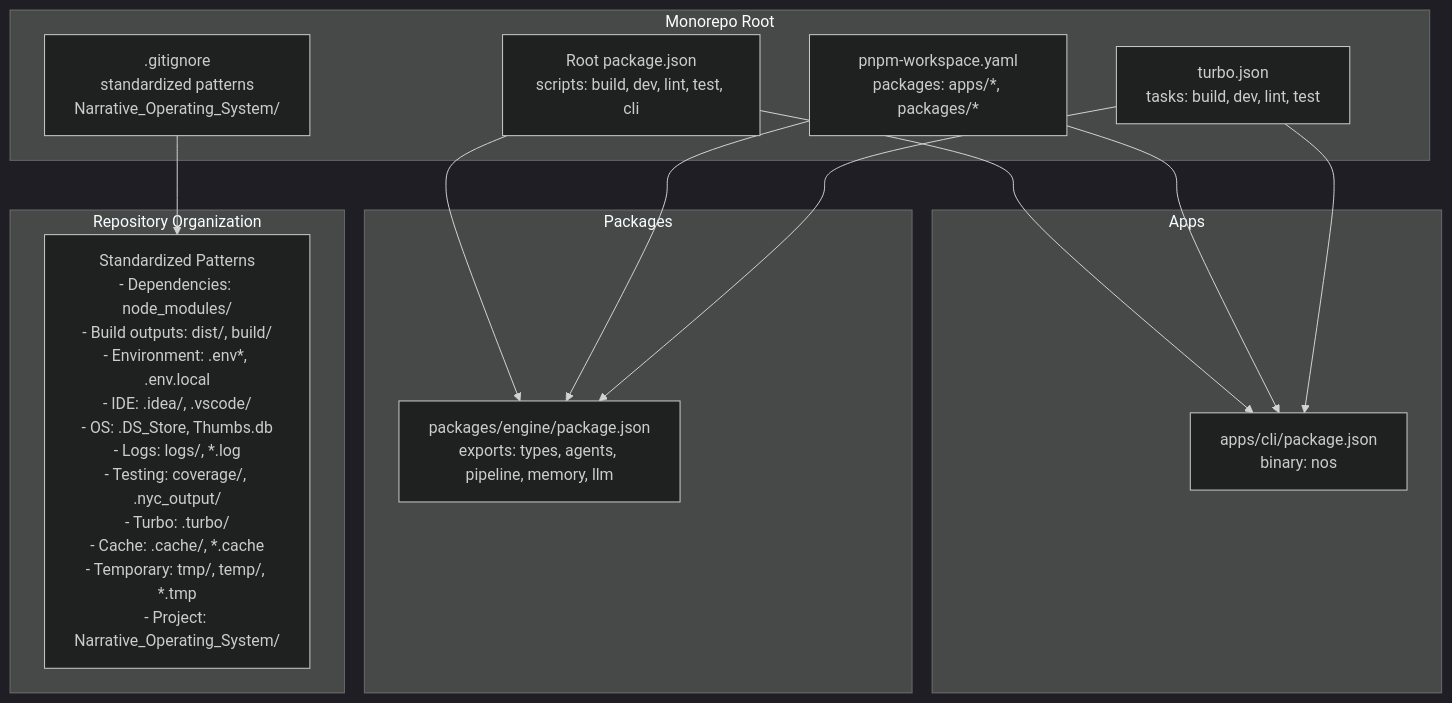
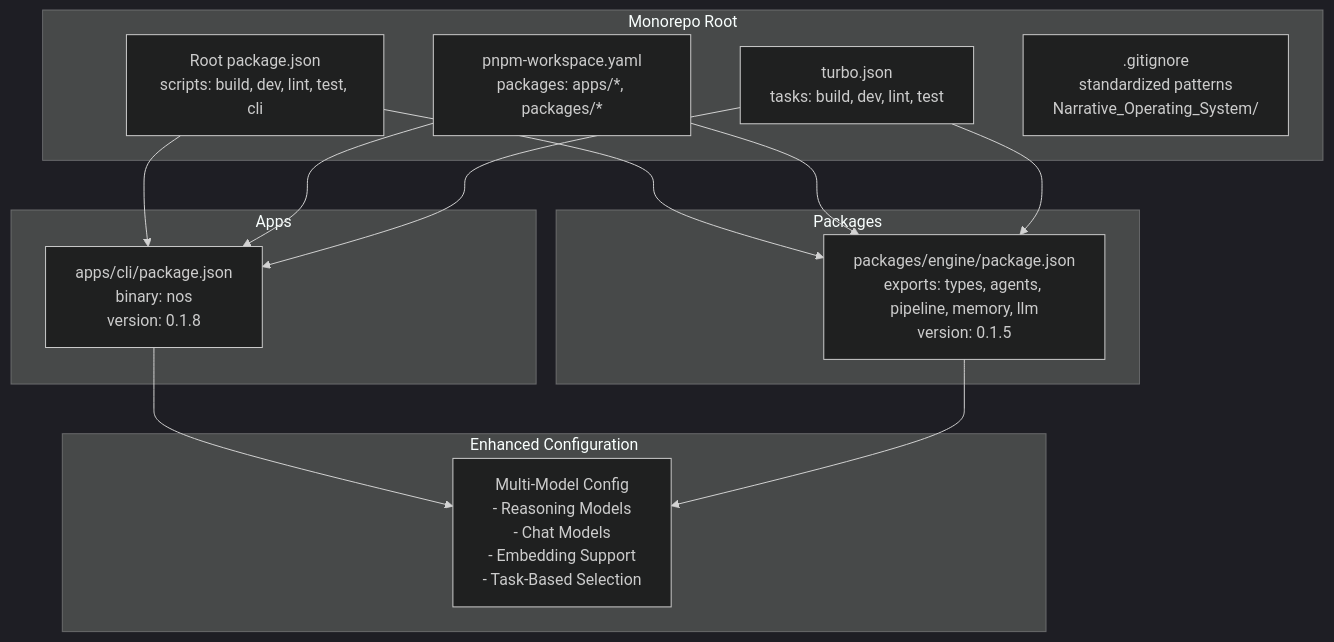
One commit to liwonder/NARRITIVE_OS changed the first of 11 diagrams in .qoder/repowiki/en/content/Development and Contributing.md. Above: the diagram before and after it, drawn with Mermaid (dark theme). The commit also changed other lines of this file and 12 other files, not shown here.

Commit message:
bump version and ask to user to config a embeding model

````diff
--- a/.qoder/repowiki/en/content/Development and Contributing.md
+++ b/.qoder/repowiki/en/content/Development and Contributing.md
@@ -59,25 +62,26 @@
 ```mermaid
 graph TB
 subgraph "Monorepo Root"
 ROOT_PKG["Root package.json<br/>scripts: build, dev, lint, test, cli"]
 WS["pnpm-workspace.yaml<br/>packages: apps/*, packages/*"]
 TURBO["turbo.json<br/>tasks: build, dev, lint, test"]
 GITIGNORE[".gitignore<br/>standardized patterns<br/>Narrative_Operating_System/"]
 end
 subgraph "Apps"
-CLI_PKG["apps/cli/package.json<br/>binary: nos"]
+CLI_PKG["apps/cli/package.json<br/>binary: nos<br/>version: 0.1.8"]
 end
 subgraph "Packages"
-ENG_PKG["packages/engine/package.json<br/>exports: types, agents, pipeline, memory, llm"]
+ENG_PKG["packages/engine/package.json<br/>exports: types, agents, pipeline, memory, llm<br/>version: 0.1.5"]
 end
-subgraph "Repository Organization"
-ORG["Standardized Patterns<br/>- Dependencies: node_modules/<br/>- Build outputs: dist/, build/<br/>- Environment: .env*, .env.local<br/>- IDE: .idea/, .vscode/<br/>- OS: .DS_Store, Thumbs.db<br/>- Logs: logs/, *.log<br/>- Testing: coverage/, .nyc_output/<br/>- Turbo: .turbo/<br/>- Cache: .cache/, *.cache<br/>- Temporary: tmp/, temp/, *.tmp<br/>- Project: Narrative_Operating_System/"]
+subgraph "Enhanced Configuration"
+MULTI_MODEL["Multi-Model Config<br/>- Reasoning Models<br/>- Chat Models<br/>- Embedding Support<br/>- Task-Based Selection"]
 end
 ROOT_PKG --> CLI_PKG
 ROOT_PKG --> ENG_PKG
 WS --> CLI_PKG
 WS --> ENG_PKG
 TURBO --> CLI_PKG
 TURBO --> ENG_PKG
-GITIGNORE --> ORG
+CLI_PKG --> MULTI_MODEL
+ENG_PKG --> MULTI_MODEL
 ```
````
